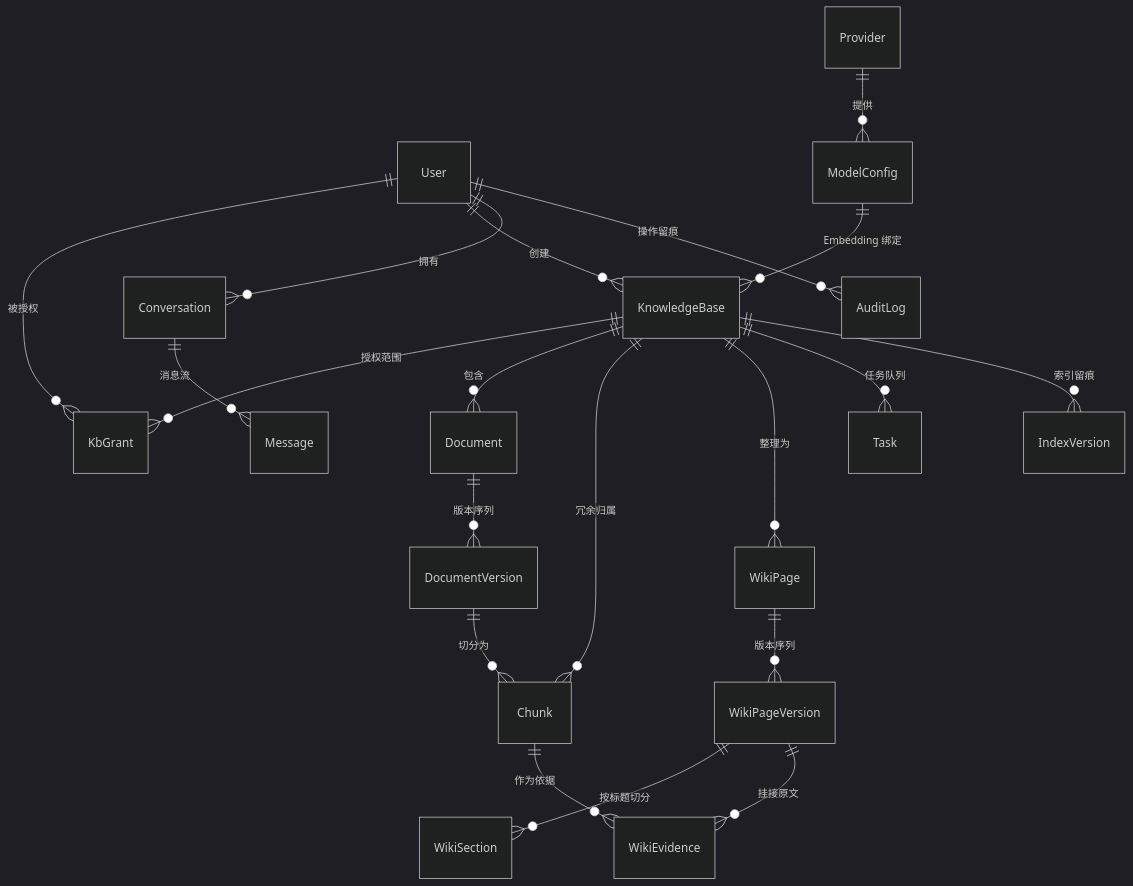
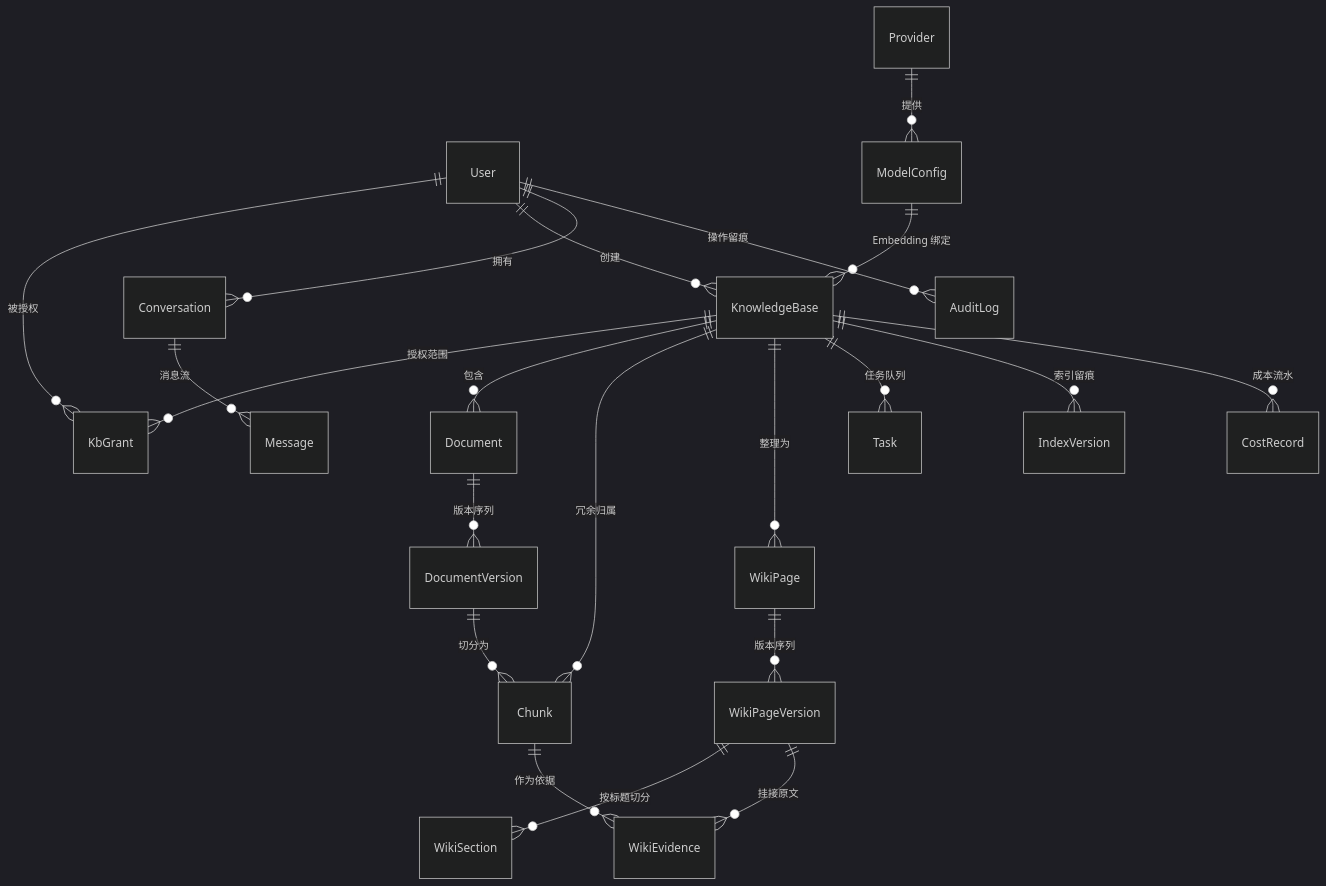
One commit to guanmuya/wiki-rag-knowledge changed the diagram in docs/DESIGN.md. Above: the diagram before and after it, drawn with Mermaid (dark theme). The commit also changed other lines of this file and 27 other files, not shown here.

````diff
--- a/docs/DESIGN.md
+++ b/docs/DESIGN.md
@@ -43,22 +43,23 @@
 ```mermaid
 erDiagram
     User ||--o{ KbGrant : "被授权"
     KnowledgeBase ||--o{ KbGrant : "授权范围"
     User ||--o{ KnowledgeBase : "创建"
     KnowledgeBase ||--o{ Document : "包含"
     Document ||--o{ DocumentVersion : "版本序列"
     DocumentVersion ||--o{ Chunk : "切分为"
     KnowledgeBase ||--o{ Chunk : "冗余归属"
     KnowledgeBase ||--o{ WikiPage : "整理为"
     WikiPage ||--o{ WikiPageVersion : "版本序列"
     WikiPageVersion ||--o{ WikiSection : "按标题切分"
     WikiPageVersion ||--o{ WikiEvidence : "挂接原文"
     Chunk ||--o{ WikiEvidence : "作为依据"
     KnowledgeBase ||--o{ Task : "任务队列"
     KnowledgeBase ||--o{ IndexVersion : "索引留痕"
+    KnowledgeBase ||--o{ CostRecord : "成本流水"
     ModelConfig ||--o{ KnowledgeBase : "Embedding 绑定"
     Provider ||--o{ ModelConfig : "提供"
     User ||--o{ Conversation : "拥有"
     Conversation ||--o{ Message : "消息流"
     User ||--o{ AuditLog : "操作留痕"
 ```
````
